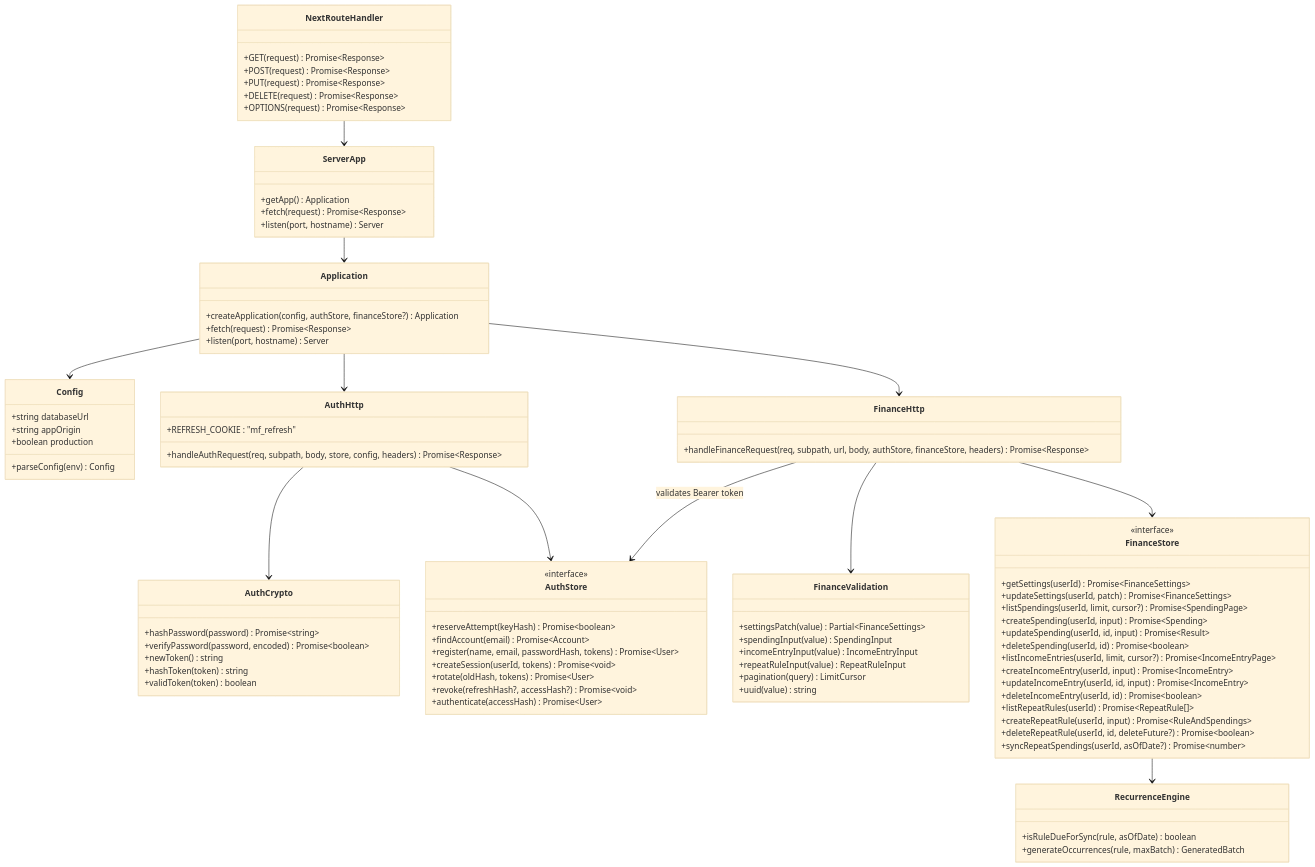
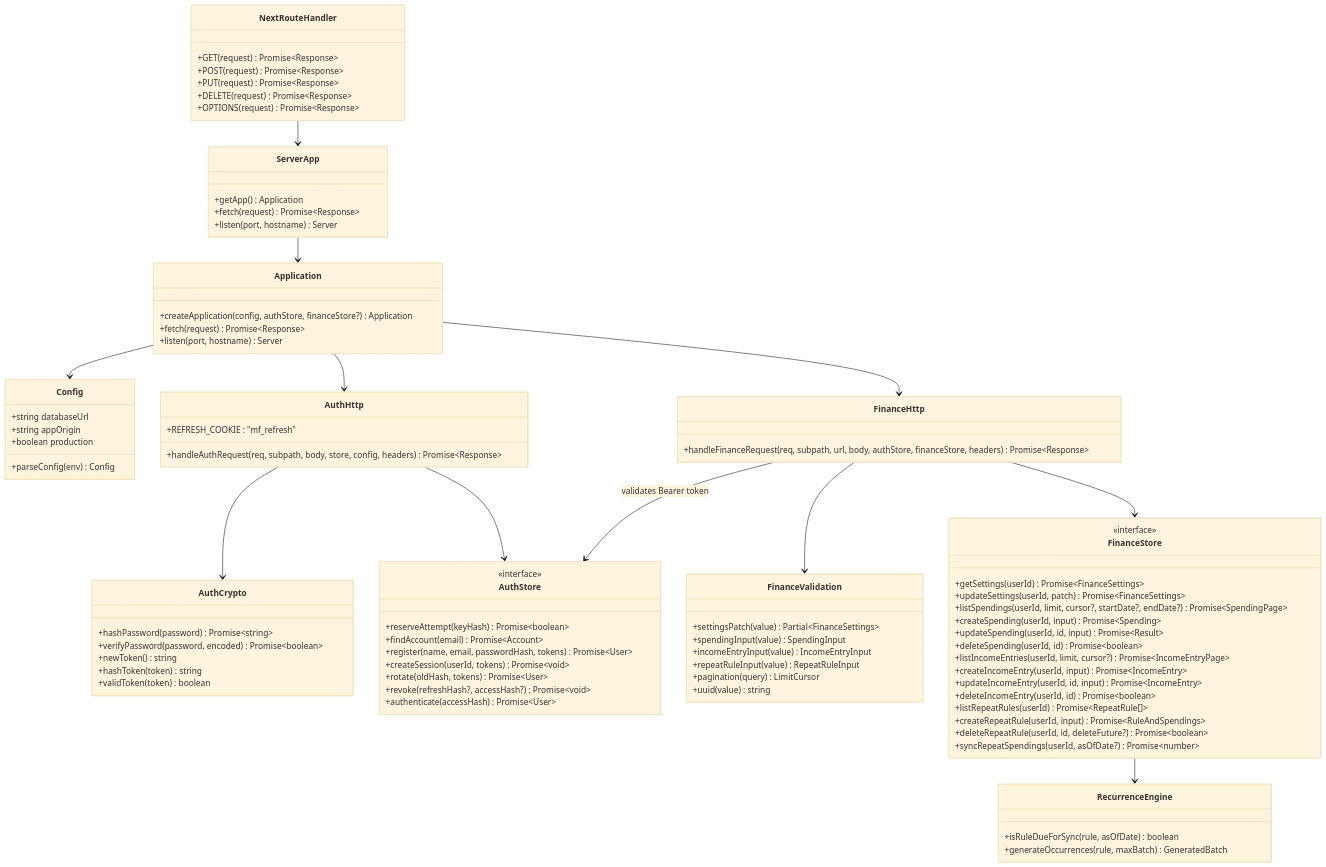
The fourth of 5 diagrams in docs/04-source-code-architecture.md (nnminh-sam/my_finance), drawn with Mermaid (base theme) before and after one commit. The commit also changed other lines of this file and 27 other files, not shown here.

First line of the commit message:
docs: sync architecture docs with salary cycle, date-range loading, and current layout

```diff
--- a/docs/04-source-code-architecture.md
+++ b/docs/04-source-code-architecture.md
@@ -258,7 +297,7 @@
         <<interface>>
         +getSettings(userId) Promise~FinanceSettings~
         +updateSettings(userId, patch) Promise~FinanceSettings~
-        +listSpendings(userId, limit, cursor?) Promise~SpendingPage~
+        +listSpendings(userId, limit, cursor?, startDate?, endDate?) Promise~SpendingPage~
         +createSpending(userId, input) Promise~Spending~
         +updateSpending(userId, id, input) Promise~Result~
         +deleteSpending(userId, id) Promise~boolean~
```
